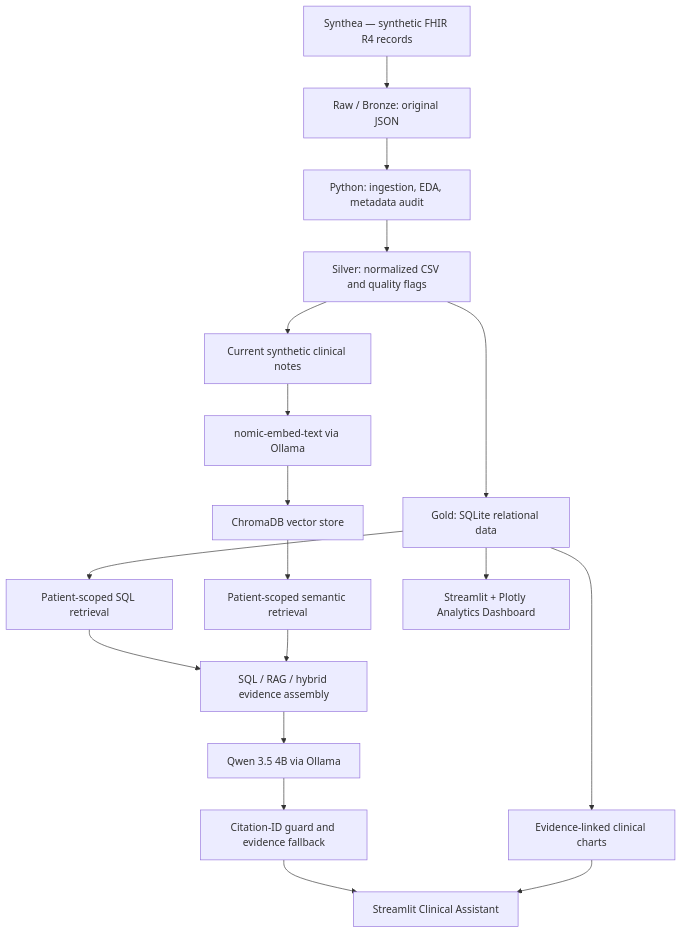
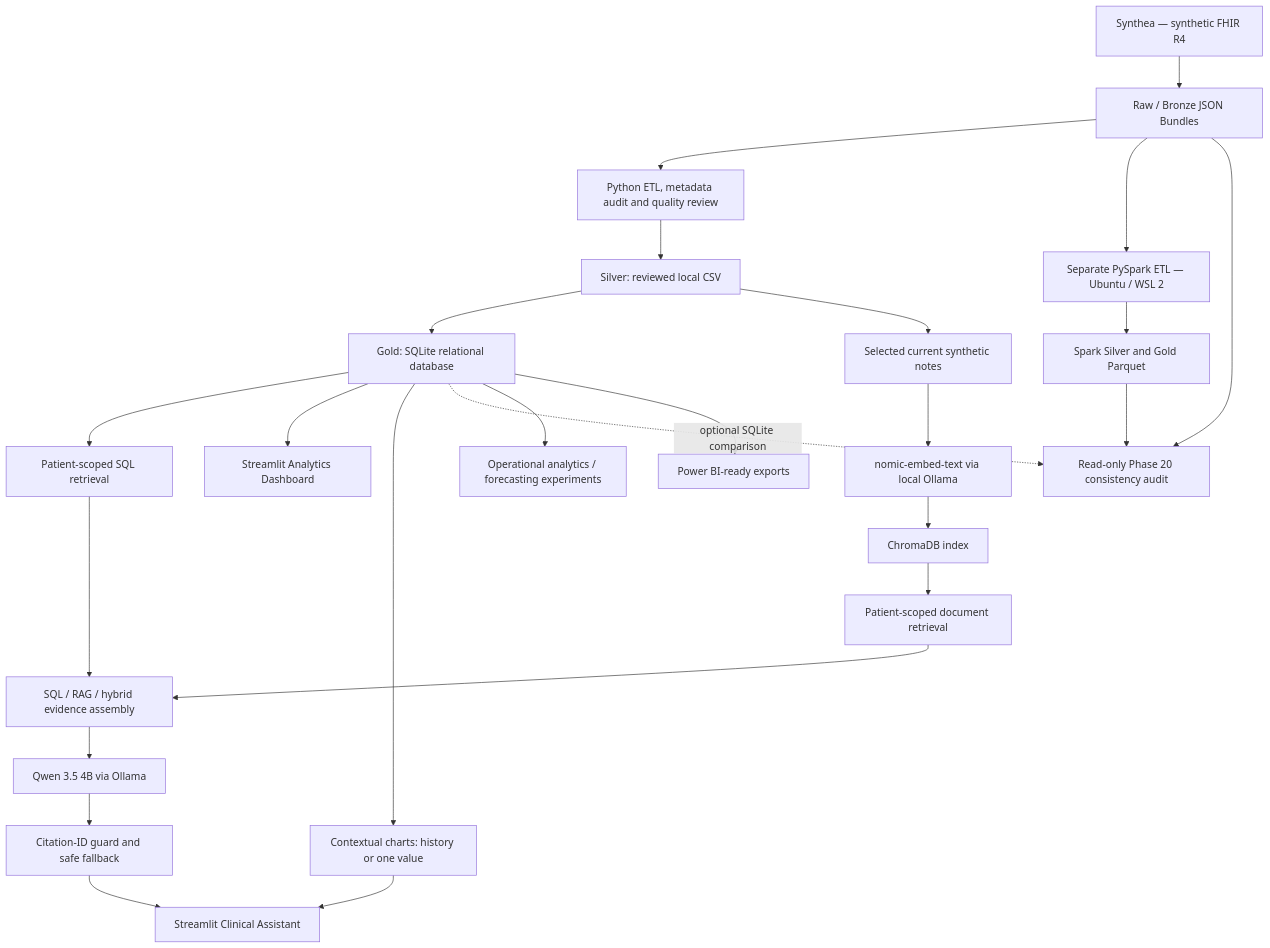
Before and after one commit to LucaBarsi/DataHealth-AI: the diagram in docs/architecture_overview.mmd, drawn with Mermaid. The commit also changed 61 other files, not shown here.

Commit message:
Complete Phase 22 release readiness review

```diff
--- a/docs/architecture_overview.mmd
+++ b/docs/architecture_overview.mmd
@@ -1,18 +1,25 @@
 flowchart TD
-    A["Synthea — synthetic FHIR R4 records"] --> B["Raw / Bronze: original JSON"]
-    B --> C["Python: ingestion, EDA, metadata audit"]
-    C --> D["Silver: normalized CSV and quality flags"]
-    D --> E["Gold: SQLite relational data"]
-    D --> F["Current synthetic clinical notes"]
-    F --> G["nomic-embed-text via Ollama"]
-    G --> H["ChromaDB vector store"]
+    A["Synthea — synthetic FHIR R4"] --> B["Raw / Bronze JSON Bundles"]
+    B --> C["Python ETL, metadata audit and quality review"]
+    C --> D["Silver: reviewed local CSV"]
+    D --> E["Gold: SQLite relational database"]
+    D --> F["Selected current synthetic notes"]
+    F --> G["nomic-embed-text via local Ollama"]
+    G --> H["ChromaDB index"]
     E --> I["Patient-scoped SQL retrieval"]
-    H --> J["Patient-scoped semantic retrieval"]
+    H --> J["Patient-scoped document retrieval"]
     I --> K["SQL / RAG / hybrid evidence assembly"]
     J --> K
     K --> L["Qwen 3.5 4B via Ollama"]
-    L --> M["Citation-ID guard and evidence fallback"]
+    L --> M["Citation-ID guard and safe fallback"]
     M --> N["Streamlit Clinical Assistant"]
-    E --> O["Streamlit + Plotly Analytics Dashboard"]
-    E --> P["Evidence-linked clinical charts"]
+    E --> O["Streamlit Analytics Dashboard"]
+    E --> P["Contextual charts: history or one value"]
     P --> N
+    B --> Q["Separate PySpark ETL — Ubuntu / WSL 2"]
+    Q --> R["Spark Silver and Gold Parquet"]
+    B --> S["Read-only Phase 20 consistency audit"]
+    R --> S
+    E -. "optional SQLite comparison" .-> S
+    E --> T["Operational analytics / forecasting experiments"]
+    E --> U["Power BI-ready exports"]
```
